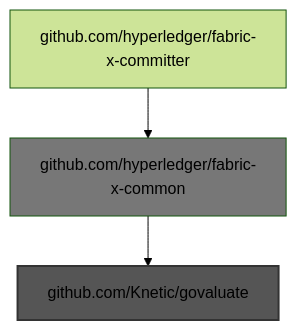
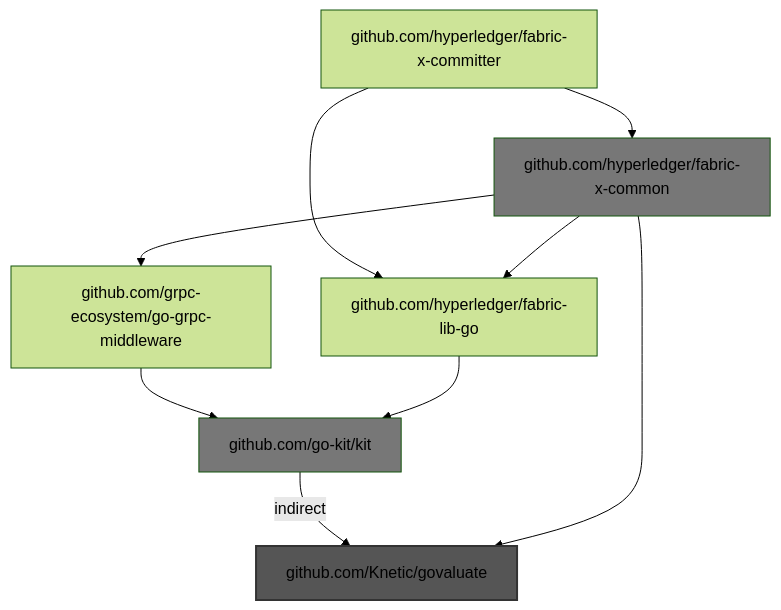
The first of 18 diagrams in bad-imports-analysis.md (liran-funaro/fabric-x-committer), drawn with Mermaid (forest theme) before and after one commit. The commit also changed other lines of this file and 2 other files, not shown here.

````diff
--- a/bad-imports-analysis.md
+++ b/bad-imports-analysis.md
@@ -5,7 +5,14 @@
 ```mermaid
 graph TD
+    github.com/go-kit/kit -->|indirect| github.com/Knetic/govaluate
+    github.com/grpc-ecosystem/go-grpc-middleware --> github.com/go-kit/kit
+    github.com/hyperledger/fabric-lib-go --> github.com/go-kit/kit
+    github.com/hyperledger/fabric-x-committer --> github.com/hyperledger/fabric-lib-go
     github.com/hyperledger/fabric-x-committer --> github.com/hyperledger/fabric-x-common
     github.com/hyperledger/fabric-x-common --> github.com/Knetic/govaluate
+    github.com/hyperledger/fabric-x-common --> github.com/grpc-ecosystem/go-grpc-middleware
+    github.com/hyperledger/fabric-x-common --> github.com/hyperledger/fabric-lib-go
     style github.com/Knetic/govaluate fill:#555,stroke:#333,stroke-width:2px
     style github.com/hyperledger/fabric-x-common fill:#777
+    style github.com/go-kit/kit fill:#777
 ```
````
